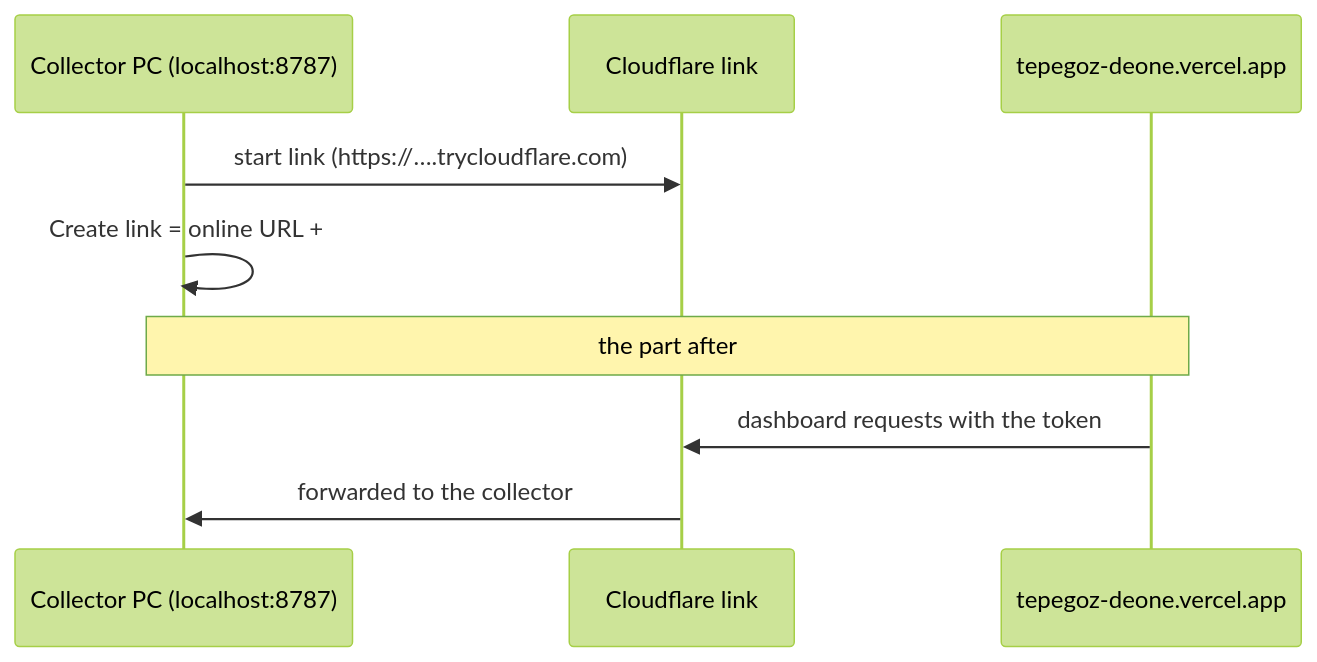
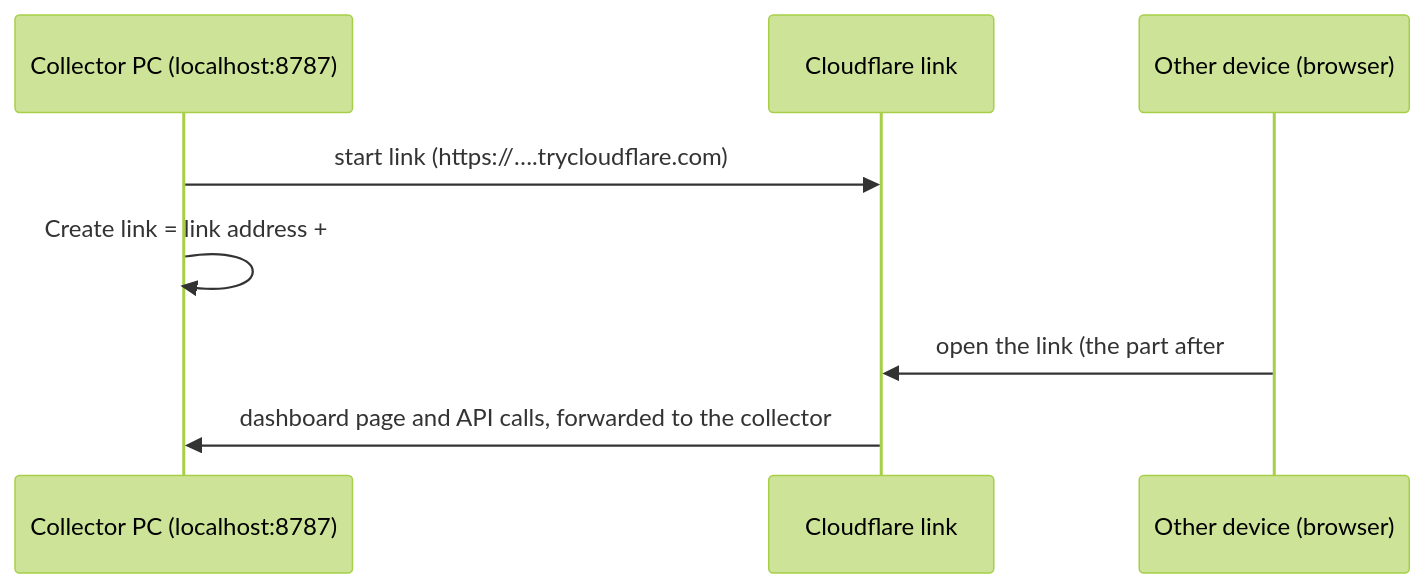
Before and after one commit to DeoneAI/tepegoz: the third of 6 diagrams in HOW_TO_USE.md, drawn with Mermaid (forest theme). The commit also changed other lines of this file and 23 other files, not shown here.

````diff
--- a/HOW_TO_USE.md
+++ b/HOW_TO_USE.md
@@ -101,11 +101,10 @@
 ```mermaid
 sequenceDiagram
     participant PC as Collector PC (localhost:8787)
     participant CF as Cloudflare link
-    participant V as tepegoz-deone.vercel.app
+    participant D as Other device (browser)
     PC->>CF: start link (https://….trycloudflare.com)
-    PC->>PC: Create link = online URL + #address + token
-    Note over PC,V: the part after # stays in the browser, Vercel never receives it
-    V->>CF: dashboard requests with the token
-    CF->>PC: forwarded to the collector
+    PC->>PC: Create link = link address + #address + token
+    D->>CF: open the link (the part after # never leaves the browser)
+    CF->>PC: dashboard page and API calls, forwarded to the collector
 ```
````
